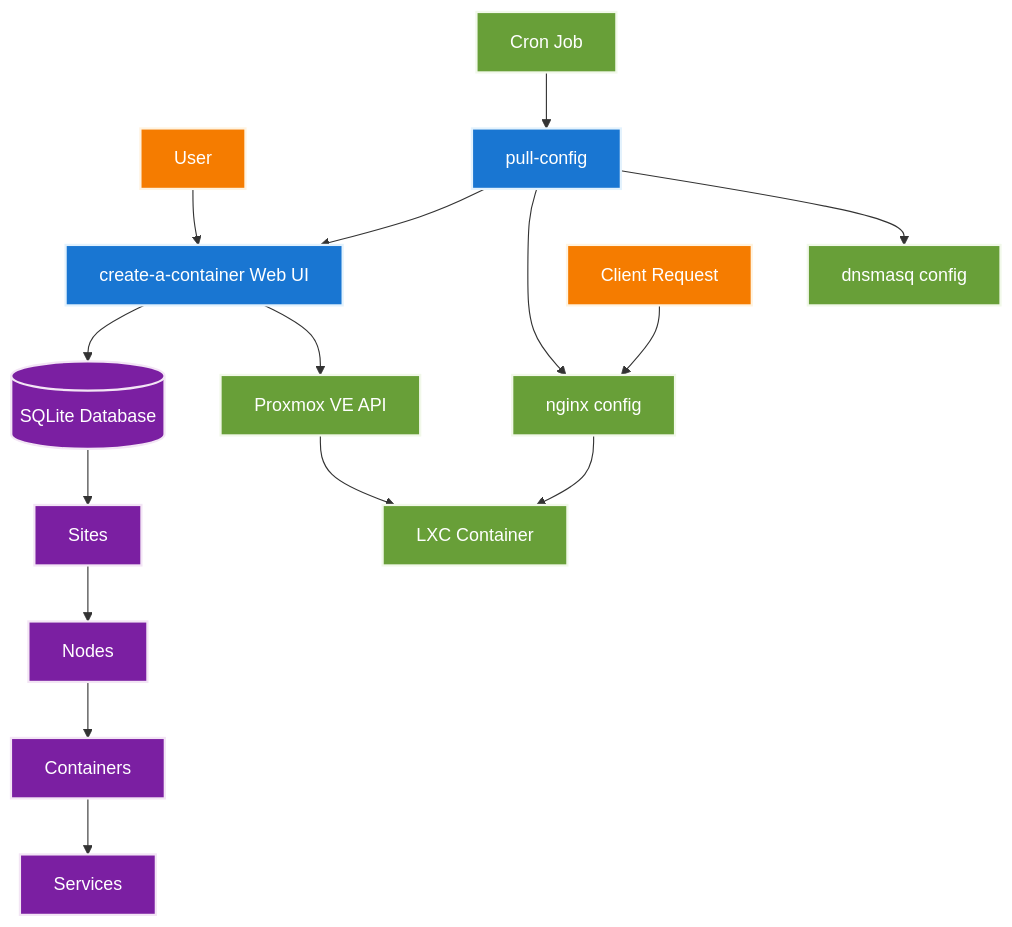
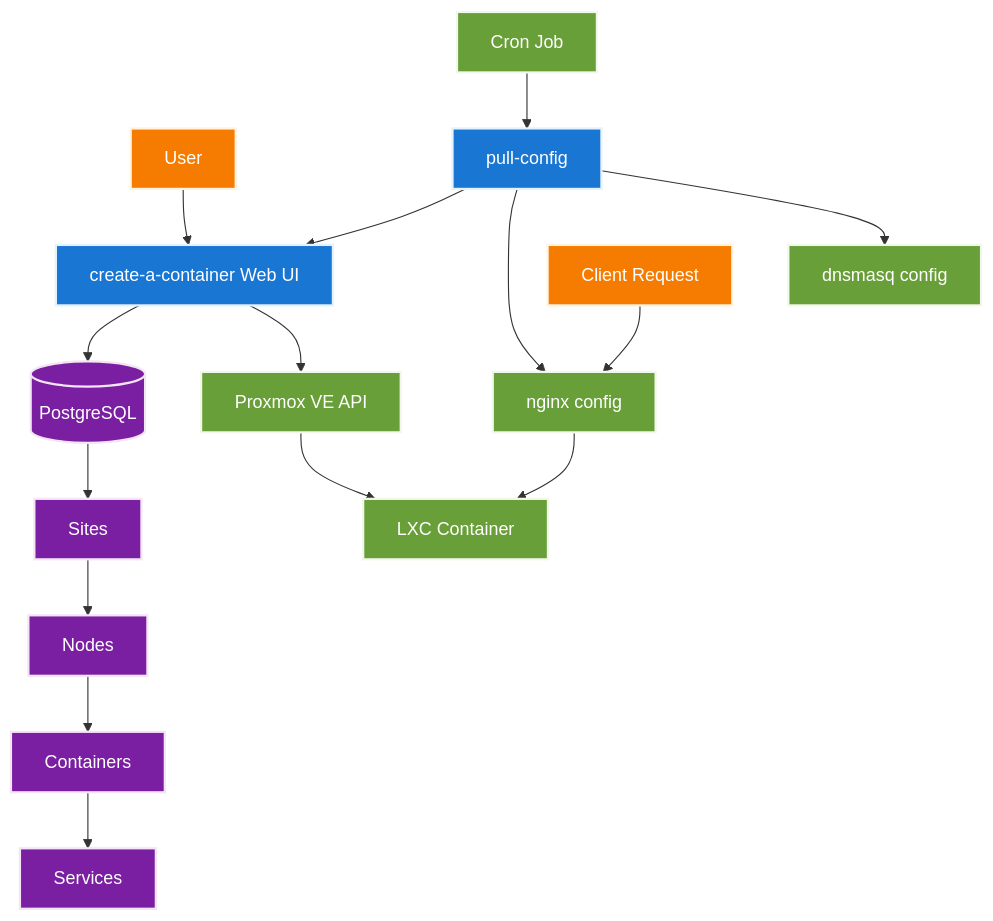
One commit to mieweb/opensource-server changed the diagram in README.md. Above: the diagram before and after it, drawn with Mermaid. The commit also changed 6 other files, not shown here.

````diff
--- a/README.md
+++ b/README.md
@@ -83,30 +83,30 @@
 ```mermaid
 graph TD
     User[User] --> WebUI[create-a-container Web UI]
-    WebUI --> DB[(SQLite Database)]
+    WebUI --> DB[(PostgreSQL)]
     WebUI --> PVE[Proxmox VE API]
     PVE --> LXC[LXC Container]
     
     Cron[Cron Job] --> PullConfig[pull-config]
     PullConfig --> WebUI
     PullConfig --> Nginx[nginx config]
     PullConfig --> Dnsmasq[dnsmasq config]
     
     Client[Client Request] --> Nginx
     Nginx --> LXC
     
     DB --> Sites[Sites]
     Sites --> Nodes[Nodes]
     Nodes --> Containers[Containers]
     Containers --> Services[Services]
     
     classDef user fill:#f57c00,stroke:#fff3e0,stroke-width:2px,color:#ffffff
     classDef app fill:#1976d2,stroke:#e3f2fd,stroke-width:2px,color:#ffffff
     classDef infra fill:#689f38,stroke:#f1f8e9,stroke-width:2px,color:#ffffff
     classDef data fill:#7b1fa2,stroke:#f3e5f5,stroke-width:2px,color:#ffffff
     
     class User,Client user
     class WebUI,PullConfig app
     class PVE,LXC,Nginx,Dnsmasq,Cron infra
     class DB,Sites,Nodes,Containers,Services data
 ```
````
